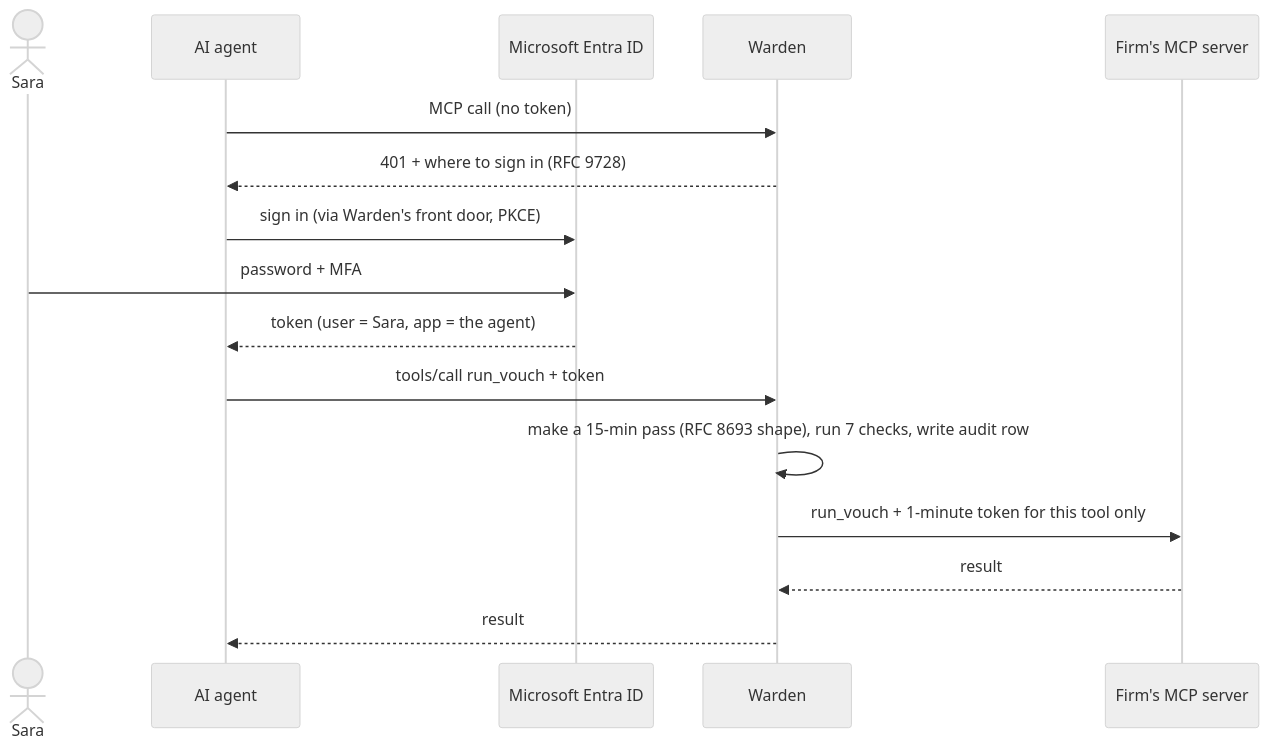
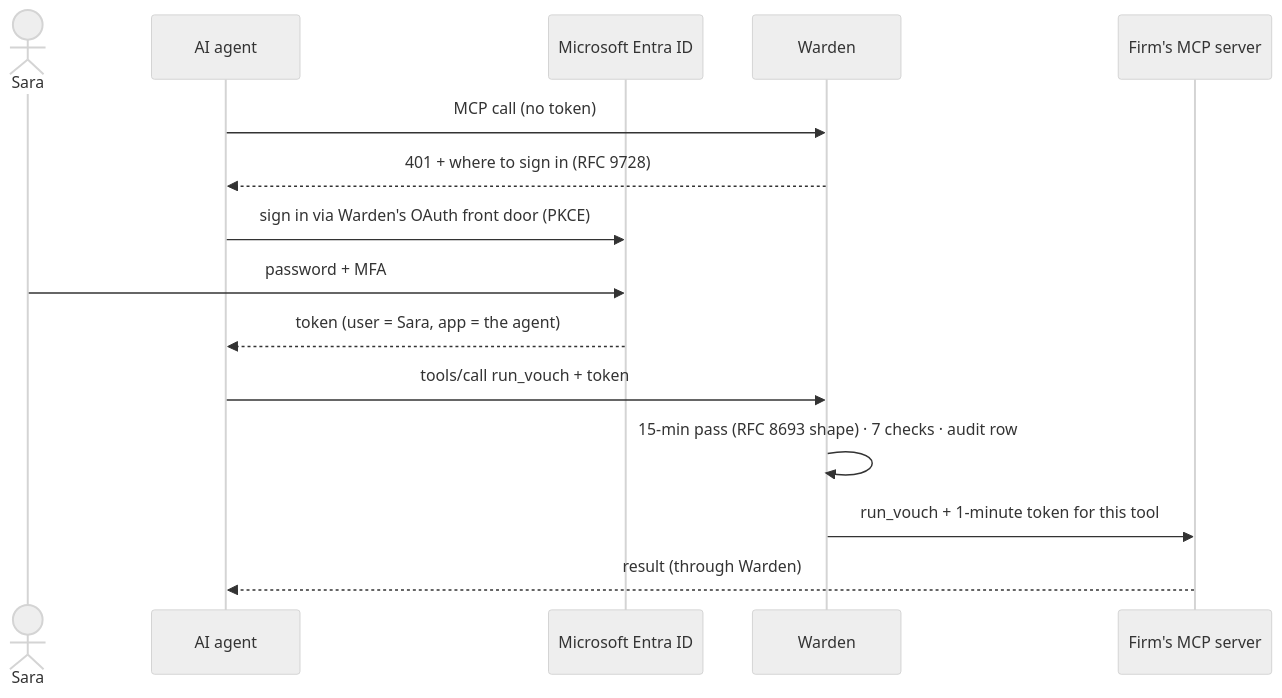
Before and after one commit to musishere/Warden-tickmark: the second of 2 diagrams in warden/README.md, drawn with Mermaid (neutral theme). The commit also changed other lines of this file and 63 other files, not shown here.

````diff
--- a/warden/README.md
+++ b/warden/README.md
@@ -128,18 +201,17 @@
 ```mermaid
 sequenceDiagram
     actor Sara
     participant Agent as AI agent
     participant Entra as Microsoft Entra ID
     participant Warden
     participant Tools as Firm's MCP server
     Agent->>Warden: MCP call (no token)
     Warden-->>Agent: 401 + where to sign in (RFC 9728)
-    Agent->>Entra: sign in (via Warden's front door, PKCE)
+    Agent->>Entra: sign in via Warden's OAuth front door (PKCE)
     Sara->>Entra: password + MFA
     Entra-->>Agent: token (user = Sara, app = the agent)
     Agent->>Warden: tools/call run_vouch + token
-    Warden->>Warden: make a 15-min pass (RFC 8693 shape), run 7 checks, write audit row
-    Warden->>Tools: run_vouch + 1-minute token for this tool only
-    Tools-->>Warden: result
-    Warden-->>Agent: result
+    Warden->>Warden: 15-min pass (RFC 8693 shape) · 7 checks · audit row
+    Warden->>Tools: run_vouch + 1-minute token for this tool
+    Tools-->>Agent: result (through Warden)
 ```
````
